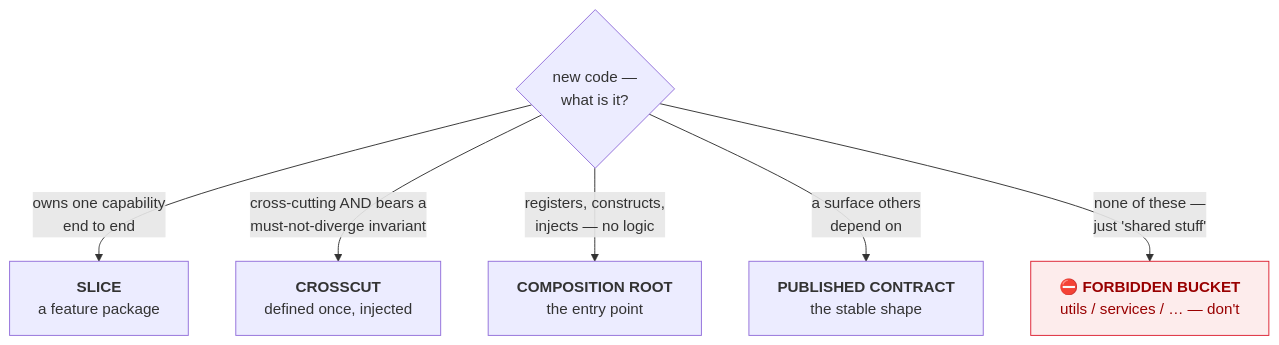
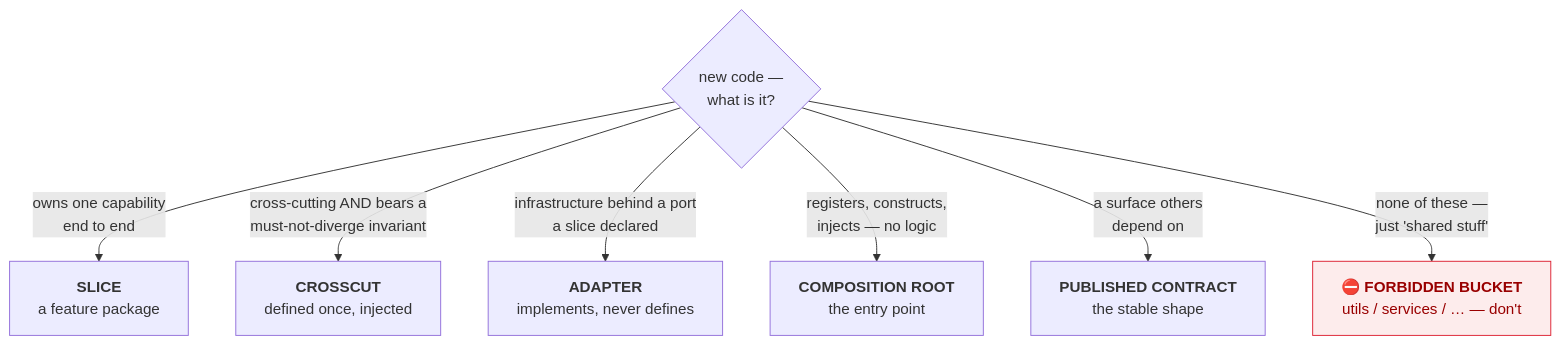
Before and after one commit to throw-if-null/coral: the first of 2 diagrams in CONVENTIONS.md, drawn with Mermaid. The commit also changed other lines of this file and 14 other files, not shown here.

````diff
--- a/CONVENTIONS.md
+++ b/CONVENTIONS.md
@@ -122,11 +123,12 @@
 ```mermaid
 flowchart TD
   Q{"new code —<br/>what is it?"}
   Q -->|"owns one capability<br/>end to end"| SLICE["<b>SLICE</b><br/>a feature package"]
   Q -->|"cross-cutting AND bears a<br/>must-not-diverge invariant"| XC["<b>CROSSCUT</b><br/>defined once, injected"]
+  Q -->|"infrastructure behind a port<br/>a slice declared"| AD["<b>ADAPTER</b><br/>implements, never defines"]
   Q -->|"registers, constructs,<br/>injects — no logic"| ROOT["<b>COMPOSITION ROOT</b><br/>the entry point"]
   Q -->|"a surface others<br/>depend on"| CT["<b>PUBLISHED CONTRACT</b><br/>the stable shape"]
   Q -->|"none of these —<br/>just 'shared stuff'"| BAD["⛔ <b>FORBIDDEN BUCKET</b><br/>utils / services / … — don't"]
   class BAD bad
   classDef bad fill:#fdecec,stroke:#d23,color:#900
 ```
````
